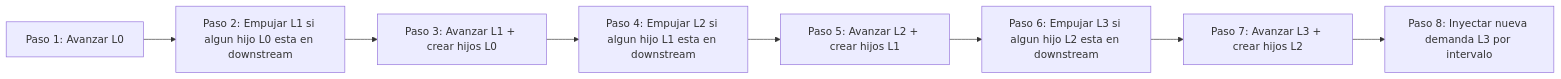
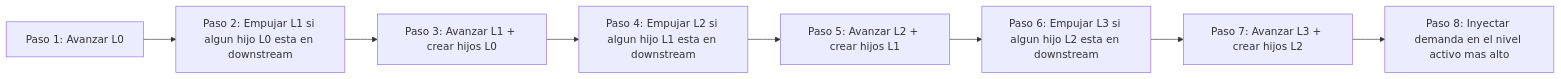
The second of 3 diagrams in docs/simulation/simulation-model-v2-onboarding.md (dariopalminio/kanban-flight-sim), drawn with Mermaid before and after one commit. The commit also changed other lines of this file and 45 other files, not shown here.

````diff
--- a/docs/simulation/simulation-model-v2-onboarding.md
+++ b/docs/simulation/simulation-model-v2-onboarding.md
@@ -95,10 +97,10 @@
 ```mermaid
 flowchart LR
   S1[Paso 1: Avanzar L0] --> S2[Paso 2: Empujar L1 si algun hijo L0 esta en downstream]
   S2 --> S3[Paso 3: Avanzar L1 + crear hijos L0]
   S3 --> S4[Paso 4: Empujar L2 si algun hijo L1 esta en downstream]
   S4 --> S5[Paso 5: Avanzar L2 + crear hijos L1]
   S5 --> S6[Paso 6: Empujar L3 si algun hijo L2 esta en downstream]
   S6 --> S7[Paso 7: Avanzar L3 + crear hijos L2]
-  S7 --> S8[Paso 8: Inyectar nueva demanda L3 por intervalo]
+  S7 --> S8[Paso 8: Inyectar demanda en el nivel activo mas alto]
 ```
````
